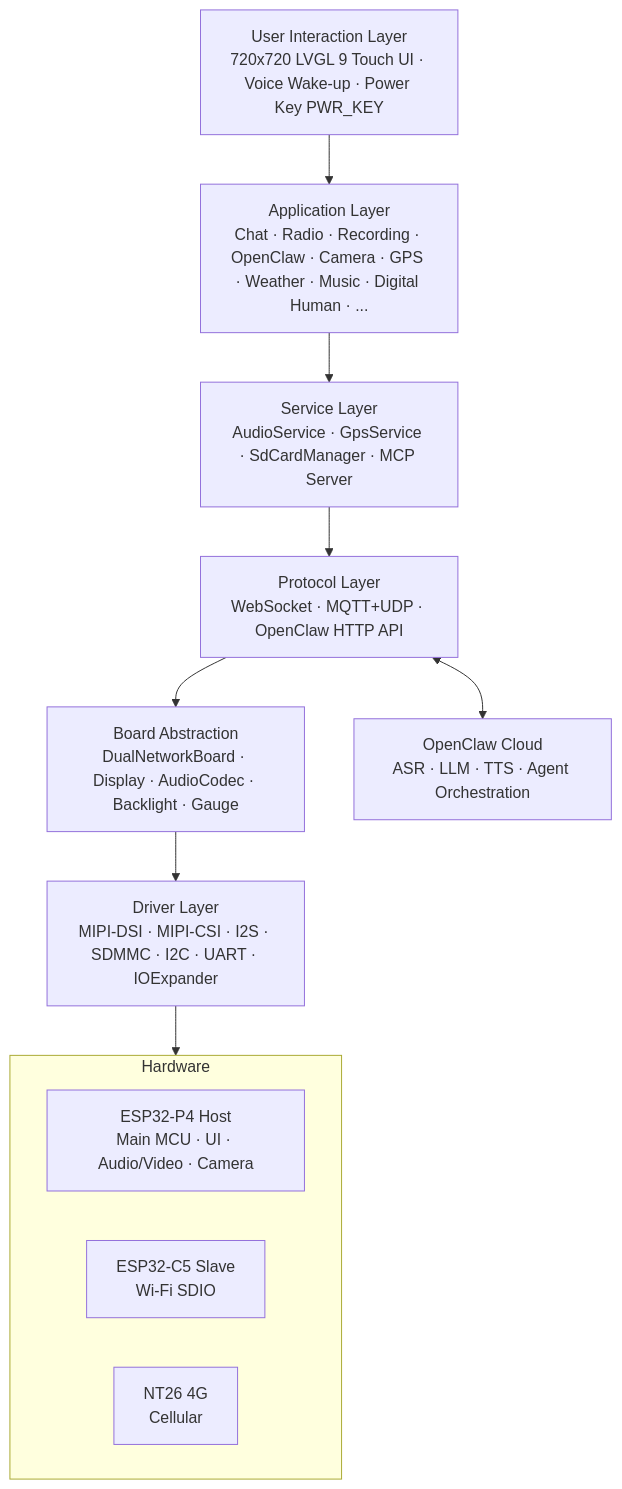
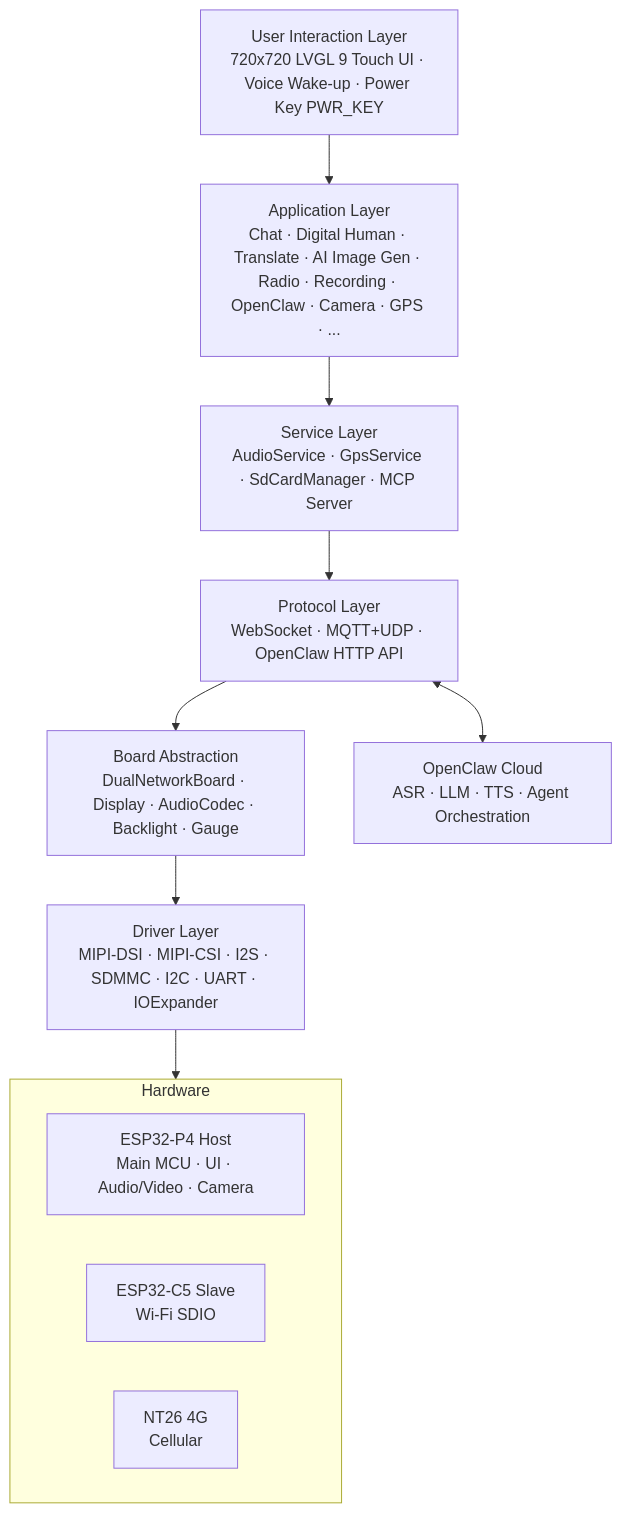
One commit to vaemc/MetalioClaw4 changed the first of 6 diagrams in README.md. Above: the diagram before and after it, drawn with Mermaid. The commit also changed other lines of this file and 47 other files, not shown here.

````diff
--- a/README.md
+++ b/README.md
@@ -182,21 +184,21 @@
 ```mermaid
 flowchart TB
     ui["User Interaction Layer<br/>720x720 LVGL 9 Touch UI · Voice Wake-up · Power Key PWR_KEY"]
-    apps["Application Layer<br/>Chat · Radio · Recording · OpenClaw · Camera · GPS · Weather · Music · Digital Human · ..."]
+    apps["Application Layer<br/>Chat · Digital Human · Translate · AI Image Gen · Radio · Recording · OpenClaw · Camera · GPS · ..."]
     svc["Service Layer<br/>AudioService · GpsService · SdCardManager · MCP Server"]
     proto["Protocol Layer<br/>WebSocket · MQTT+UDP · OpenClaw HTTP API"]
     board["Board Abstraction<br/>DualNetworkBoard · Display · AudioCodec · Backlight · Gauge"]
     drv["Driver Layer<br/>MIPI-DSI · MIPI-CSI · I2S · SDMMC · I2C · UART · IOExpander"]
 
     subgraph hw["Hardware"]
         direction LR
         p4["ESP32-P4 Host<br/>Main MCU · UI · Audio/Video · Camera"]
         c5["ESP32-C5 Slave<br/>Wi-Fi SDIO"]
         nt26["NT26 4G<br/>Cellular"]
     end
 
     cloud["OpenClaw Cloud<br/>ASR · LLM · TTS · Agent Orchestration"]
 
     ui --> apps --> svc --> proto --> board --> drv --> hw
     proto <--> cloud
 ```
````
